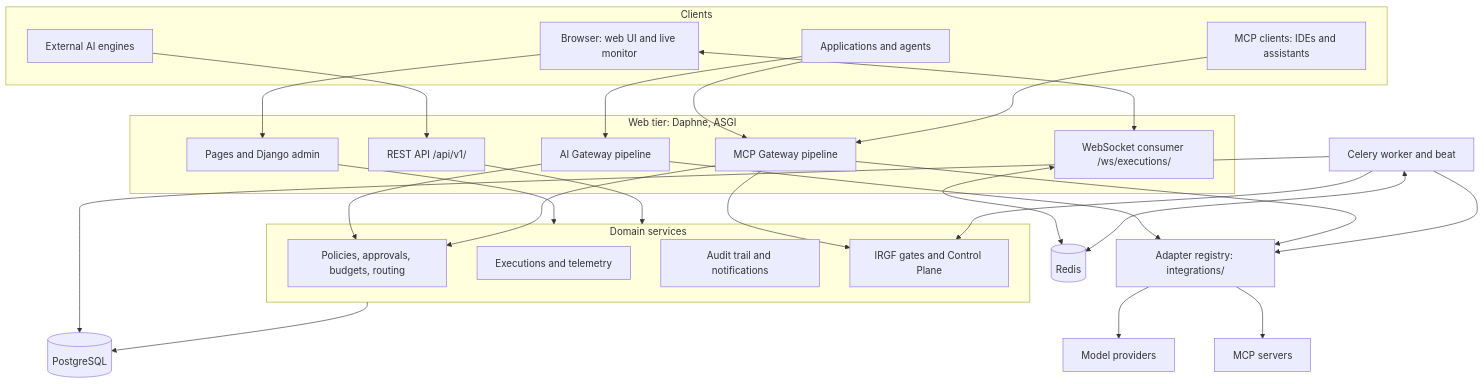
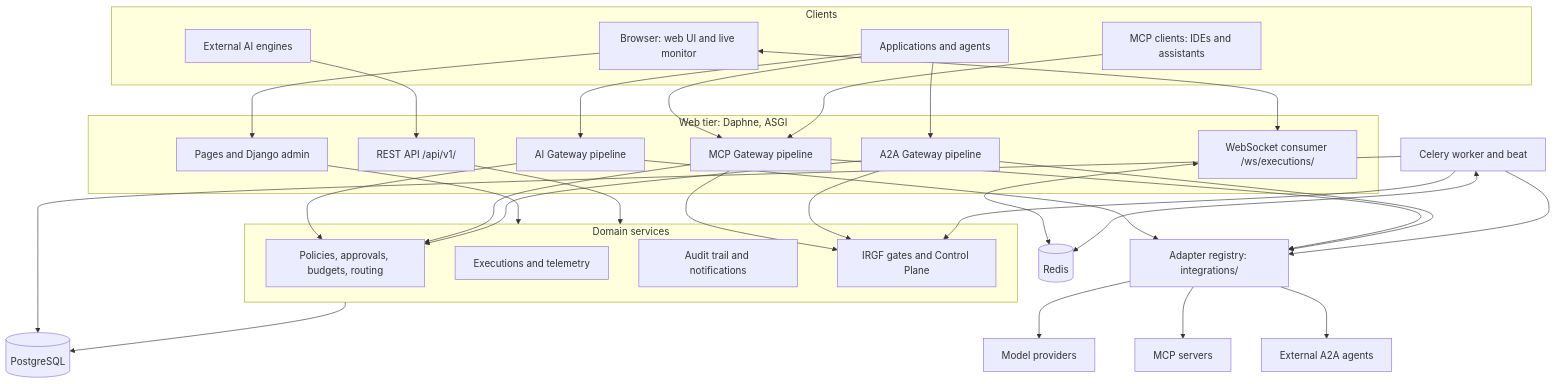
Before and after one commit to rajan24oct/AI-Control-Tower: the first of 2 diagrams in docs/technical-guide.md, drawn with Mermaid. The commit also changed other lines of this file and 133 other files, not shown here.

````diff
--- a/docs/technical-guide.md
+++ b/docs/technical-guide.md
@@ -116,53 +117,60 @@
 ```mermaid
 flowchart TB
     subgraph clients["Clients"]
         browser["Browser: web UI and live monitor"]
         apps["Applications and agents"]
         mcpc["MCP clients: IDEs and assistants"]
         engines["External AI engines"]
     end
 
     subgraph web["Web tier: Daphne, ASGI"]
         ui["Pages and Django admin"]
         api["REST API /api/v1/"]
         aigw["AI Gateway pipeline"]
         mcpgw["MCP Gateway pipeline"]
+        a2agw["A2A Gateway pipeline"]
         ws["WebSocket consumer /ws/executions/"]
     end
 
     subgraph domain["Domain services"]
         gov["Policies, approvals, budgets, routing"]
         tel["Executions and telemetry"]
         audit["Audit trail and notifications"]
         irgf["IRGF gates and Control Plane"]
     end
 
     adapters["Adapter registry: integrations/"]
     workers["Celery worker and beat"]
     db[("PostgreSQL")]
     redis[("Redis")]
     upstream["Model providers"]
     mcpservers["MCP servers"]
+    peers["External A2A agents"]
 
     browser --> ui
     browser <--> ws
     apps --> aigw
     apps --> mcpgw
+    apps --> a2agw
     mcpc --> mcpgw
     engines --> api
     ui --> domain
     api --> domain
     aigw --> gov
     mcpgw --> gov
+    a2agw --> gov
     mcpgw --> irgf
+    a2agw --> irgf
     workers --> irgf
     aigw --> adapters
     mcpgw --> adapters
+    a2agw --> adapters
     adapters --> upstream
     adapters --> mcpservers
+    adapters --> peers
     domain --> db
     workers --> db
     workers --> adapters
     ws <--> redis
     workers <--> redis
 ```
````
